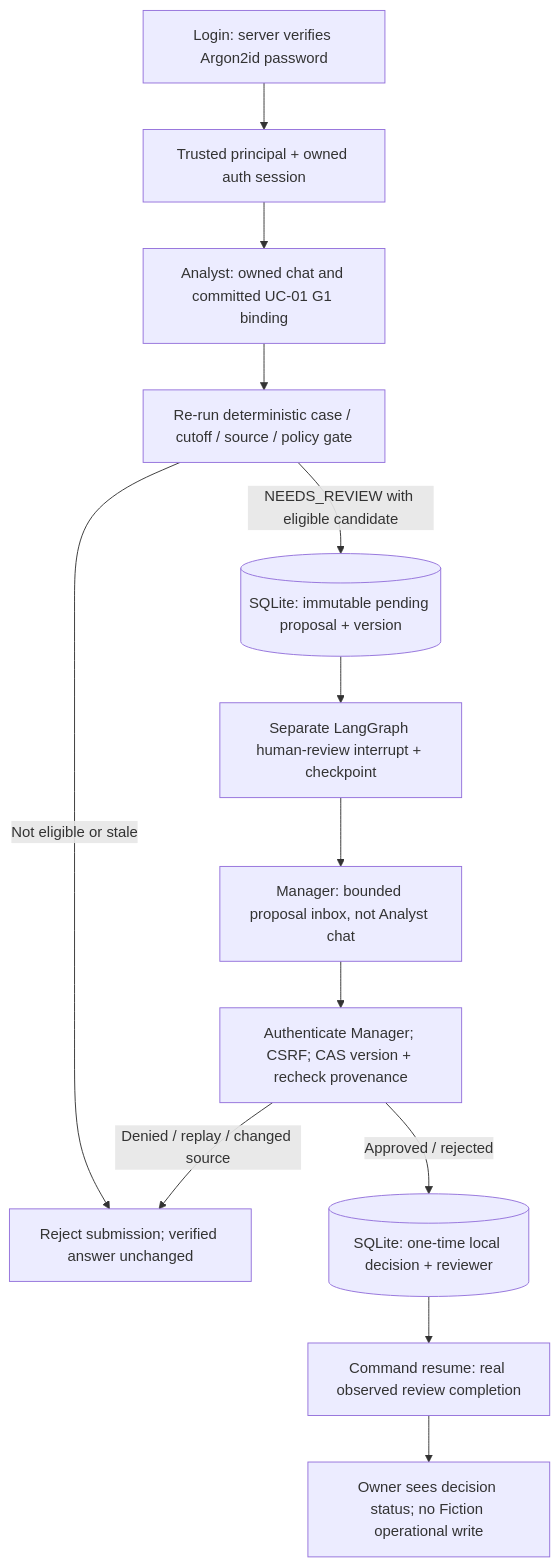
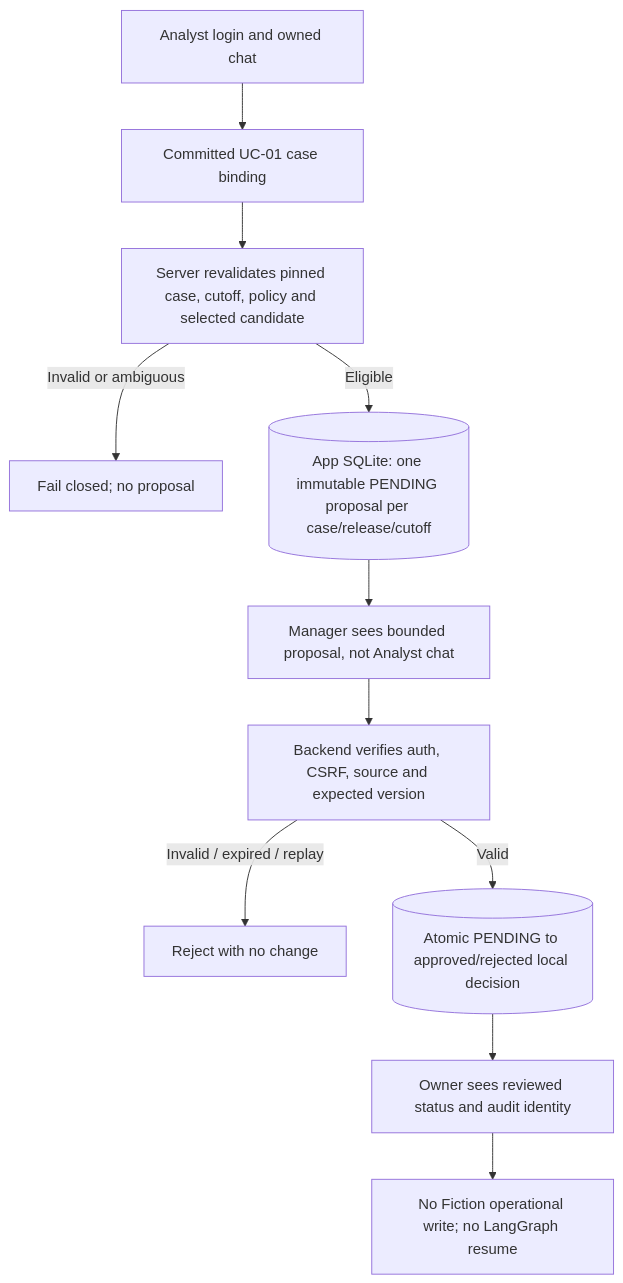
One commit to hungtvb/retailIQ changed the fourth of 4 diagrams in docs/implementation/UC-01-backorder.md. Above: the diagram before and after it, drawn with Mermaid. The commit also changed other lines of this file, not shown here.

Commit message:
docs(T06): address design review with SQLite-only HITL and explicit auth/proposal contracts

```diff
--- a/docs/implementation/UC-01-backorder.md
+++ b/docs/implementation/UC-01-backorder.md
@@ -248,15 +248,13 @@
 ~~~mermaid
 flowchart TD
-  Login[Login: server verifies Argon2id password] --> Auth[Trusted principal + owned auth session]
-  Auth --> Chat[Analyst: owned chat and committed UC-01 G1 binding]
-  Chat --> Verify[Re-run deterministic case / cutoff / source / policy gate]
-  Verify -->|Not eligible or stale| Stop[Reject submission; verified answer unchanged]
-  Verify -->|NEEDS_REVIEW with eligible candidate| P[(SQLite: immutable pending proposal + version)]
-  P --> Interrupt[Separate LangGraph human-review interrupt + checkpoint]
-  Interrupt --> Inbox[Manager: bounded proposal inbox, not Analyst chat]
-  Inbox --> Gate[Authenticate Manager; CSRF; CAS version + recheck provenance]
-  Gate -->|Denied / replay / changed source| Stop
-  Gate -->|Approved / rejected| Decision[(SQLite: one-time local decision + reviewer)]
-  Decision --> Resume[Command resume: real observed review completion]
-  Resume --> Status[Owner sees decision status; no Fiction operational write]
+  A[Analyst login and owned chat] --> B[Committed UC-01 case binding]
+  B --> C[Server revalidates pinned case, cutoff, policy and selected candidate]
+  C -->|Invalid or ambiguous| D[Fail closed; no proposal]
+  C -->|Eligible| E[(App SQLite: one immutable PENDING proposal per case/release/cutoff)]
+  E --> F[Manager sees bounded proposal, not Analyst chat]
+  F --> G[Backend verifies auth, CSRF, source and expected version]
+  G -->|Invalid / expired / replay| H[Reject with no change]
+  G -->|Valid| I[(Atomic PENDING to approved/rejected local decision)]
+  I --> J[Owner sees reviewed status and audit identity]
+  J --> K[No Fiction operational write; no LangGraph resume]
 ~~~
```
